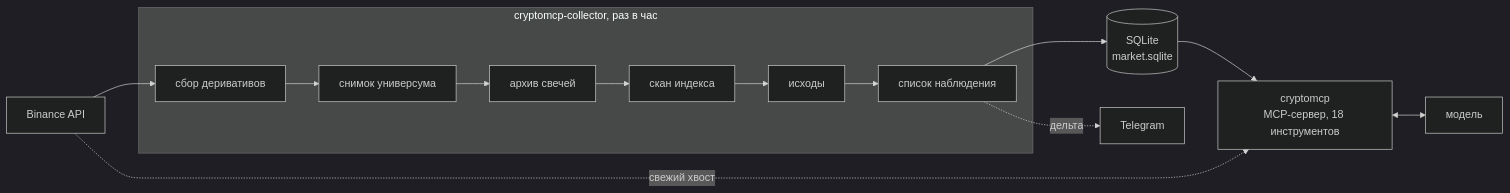
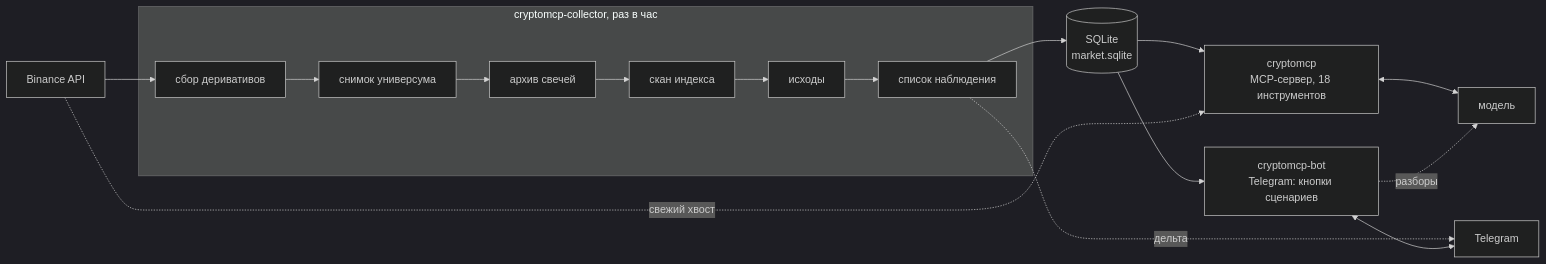
One commit to demosfen7/cryptomcp changed the first of 5 diagrams in ARCHITECTURE.md. Above: the diagram before and after it, drawn with Mermaid (dark theme). The commit also changed other lines of this file and 14 other files, not shown here.

````diff
--- a/ARCHITECTURE.md
+++ b/ARCHITECTURE.md
@@ -19,26 +19,30 @@
 ```mermaid
 flowchart LR
     B["Binance API"]
 
     subgraph collector["cryptomcp-collector, раз в час"]
         C1["сбор деривативов"]
         C2["снимок универсума"]
         C3["архив свечей"]
         C4["скан индекса"]
         C5["исходы"]
         C6["список наблюдения"]
     end
 
     DB[("SQLite<br/>market.sqlite")]
 
     S1["cryptomcp<br/>MCP-сервер, 18 инструментов"]
+    S3["cryptomcp-bot<br/>Telegram: кнопки сценариев"]
     TG["Telegram"]
     LLM["модель"]
 
     B --> C1 --> C2 --> C3 --> C4 --> C5 --> C6
     C6 --> DB
     C6 -.дельта.-> TG
     DB --> S1
+    DB --> S3
     B -.свежий хвост.-> S1
     S1 <--> LLM
+    S3 <--> TG
+    S3 -.разборы.-> LLM
 ```
````
